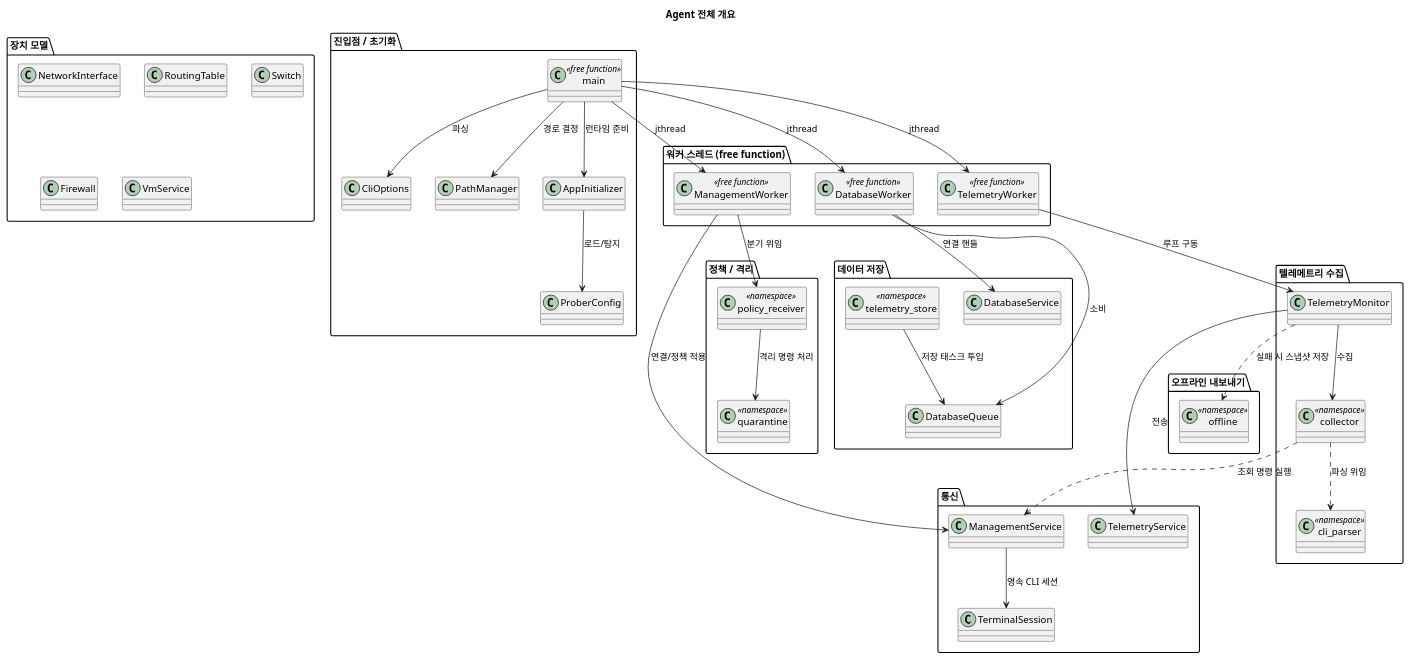
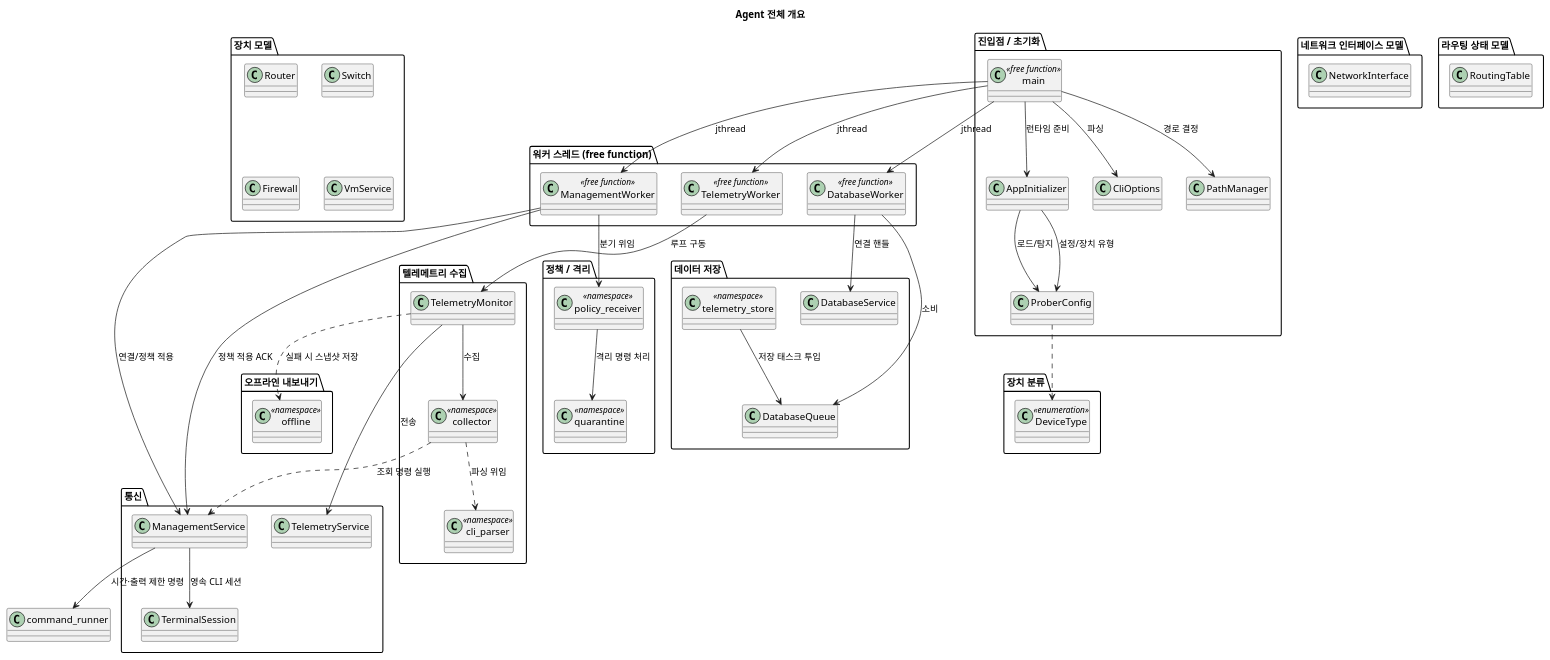
One commit to wayfarer6/SonarValidator changed the first of 8 diagrams in AGENT_CLASS_DIAGRAM.md. Above: the diagram before and after it, drawn with PlantUML. The commit also changed other lines of this file and 85 other files, not shown here.

```diff
--- a/AGENT_CLASS_DIAGRAM.md
+++ b/AGENT_CLASS_DIAGRAM.md
@@ -53,12 +53,23 @@
   class cli_parser <<namespace>>
 }
 
+package "장치 분류" {
+  class DeviceType <<enumeration>>
+}
+
 package "장치 모델" {
-  class NetworkInterface
-  class RoutingTable
+  class Router
   class Switch
   class Firewall
   class VmService
+}
+
+package "네트워크 인터페이스 모델" {
+  class NetworkInterface
+}
+
+package "라우팅 상태 모델" {
+  class RoutingTable
 }
 
 package "데이터 저장" {
@@ -79,10 +90,14 @@
 main --> TelemetryWorker : jthread
 main --> DatabaseWorker : jthread
 
+AppInitializer --> ProberConfig : 설정/장치 유형
+ProberConfig ..> DeviceType
 ManagementWorker --> ManagementService : 연결/정책 적용
 ManagementWorker --> policy_receiver : 분기 위임
+ManagementWorker --> ManagementService : 정책 적용 ACK
 policy_receiver --> quarantine : 격리 명령 처리
 ManagementService --> TerminalSession : 영속 CLI 세션
+ManagementService --> command_runner : 시간·출력 제한 명령
 
 TelemetryWorker --> TelemetryMonitor : 루프 구동
 TelemetryMonitor --> collector : 수집
```
